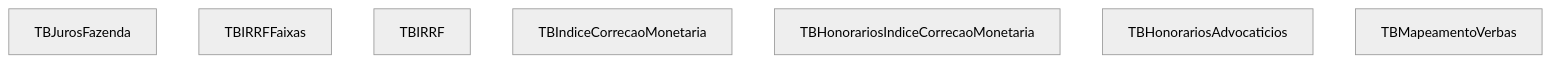
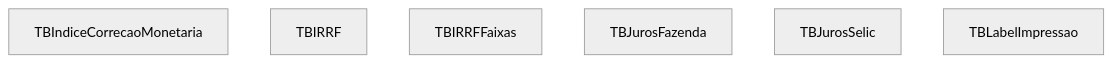
The eighth of 15 diagrams in BDFolhaBA.md (PedroDeveloper/adsd), drawn with Mermaid before and after one commit. The commit also changed other lines of this file, not shown here.

````diff
--- a/BDFolhaBA.md
+++ b/BDFolhaBA.md
@@ -124,18 +158,16 @@
 ```mermaid
 graph TB
 %%{ init: { 'theme': 'neutral', 'flowchart': { 'useMaxWidth': false, 'curve': 'basis' }}}%%
-	TBJurosFazenda["TBJurosFazenda"]
+	TBIndiceCorrecaoMonetaria["TBIndiceCorrecaoMonetaria"]
+
+	TBIRRF["TBIRRF"]
 
 	TBIRRFFaixas["TBIRRFFaixas"]
 
-	TBIRRF["TBIRRF"]
+	TBJurosFazenda["TBJurosFazenda"]
 
-	TBIndiceCorrecaoMonetaria["TBIndiceCorrecaoMonetaria"]
+	TBJurosSelic["TBJurosSelic"]
 
-	TBHonorariosIndiceCorrecaoMonetaria["TBHonorariosIndiceCorrecaoMonetaria"]
-
-	TBHonorariosAdvocaticios["TBHonorariosAdvocaticios"]
-
-	TBMapeamentoVerbas["TBMapeamentoVerbas"]
+	TBLabelImpressao["TBLabelImpressao"]
 
 ```
````
